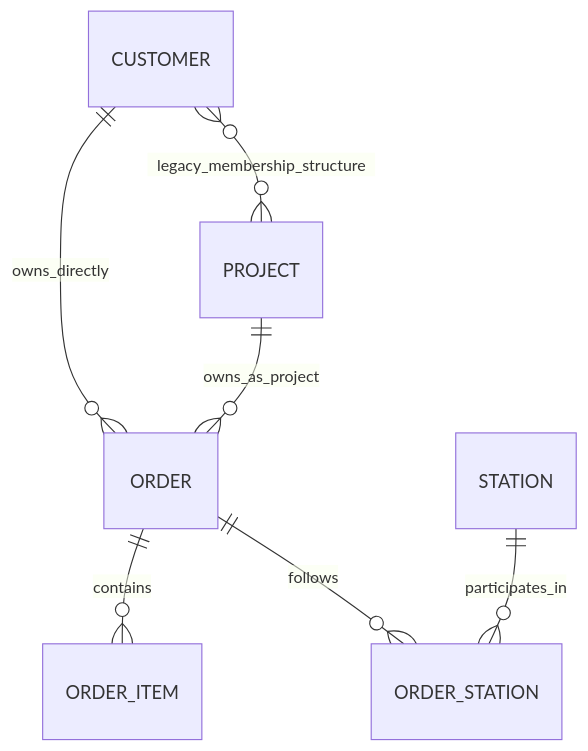
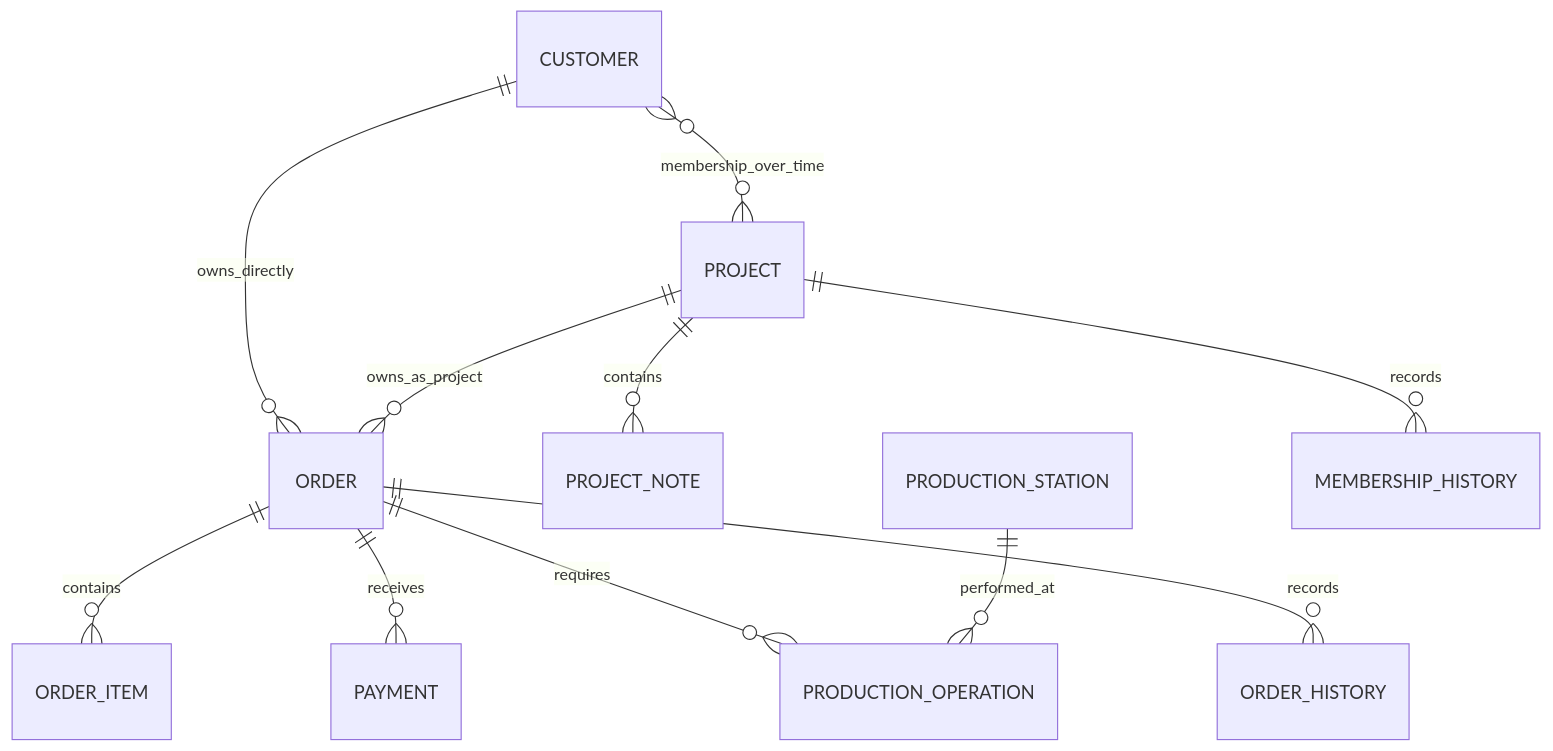
One commit to vnematpour/MetalCraft-Web changed the diagram in docs/discovery/DOMAIN_MODEL.md. Above: the diagram before and after it, drawn with Mermaid. The commit also changed other lines of this file and 4 other files, not shown here.

````diff
--- a/docs/discovery/DOMAIN_MODEL.md
+++ b/docs/discovery/DOMAIN_MODEL.md
@@ -72,9 +183,13 @@
 ```mermaid
 erDiagram
-    CUSTOMER }o--o{ PROJECT : legacy_membership_structure
+    CUSTOMER }o--o{ PROJECT : membership_over_time
     CUSTOMER ||--o{ ORDER : owns_directly
     PROJECT ||--o{ ORDER : owns_as_project
+    PROJECT ||--o{ PROJECT_NOTE : contains
     ORDER ||--o{ ORDER_ITEM : contains
-    ORDER ||--o{ ORDER_STATION : follows
-    STATION ||--o{ ORDER_STATION : participates_in
+    ORDER ||--o{ PAYMENT : receives
+    ORDER ||--o{ PRODUCTION_OPERATION : requires
+    PRODUCTION_STATION ||--o{ PRODUCTION_OPERATION : performed_at
+    ORDER ||--o{ ORDER_HISTORY : records
+    PROJECT ||--o{ MEMBERSHIP_HISTORY : records
 ```
````
